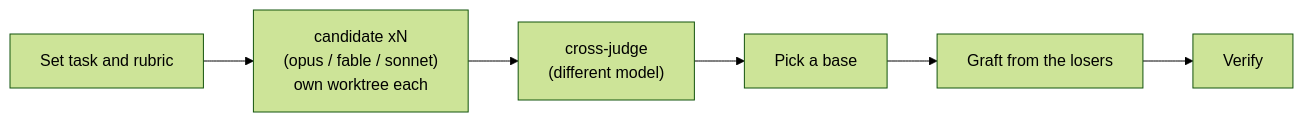
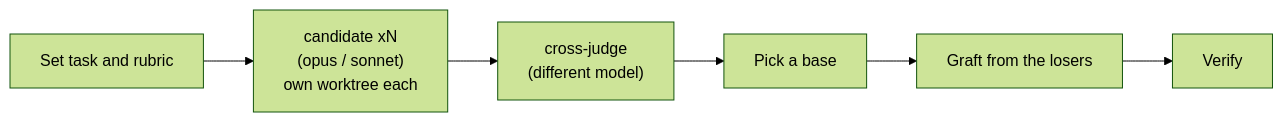
One commit to souljazzfunk/lab changed the fifth of 12 diagrams in pstack-cc/docs/skill-map.en.md. Above: the diagram before and after it, drawn with Mermaid (forest theme). The commit also changed other lines of this file and 49 other files, not shown here.

````diff
--- a/pstack-cc/docs/skill-map.en.md
+++ b/pstack-cc/docs/skill-map.en.md
@@ -127,8 +129,8 @@
 ```mermaid
 flowchart LR
-  A[Set task and rubric] --> B["candidate xN<br/>(opus / fable / sonnet)<br/>own worktree each"]
+  A[Set task and rubric] --> B["candidate xN<br/>(opus / sonnet)<br/>own worktree each"]
   B --> C["cross-judge<br/>(different model)"]
   C --> D[Pick a base]
   D --> E[Graft from the losers]
   E --> F[Verify]
 ```
````
